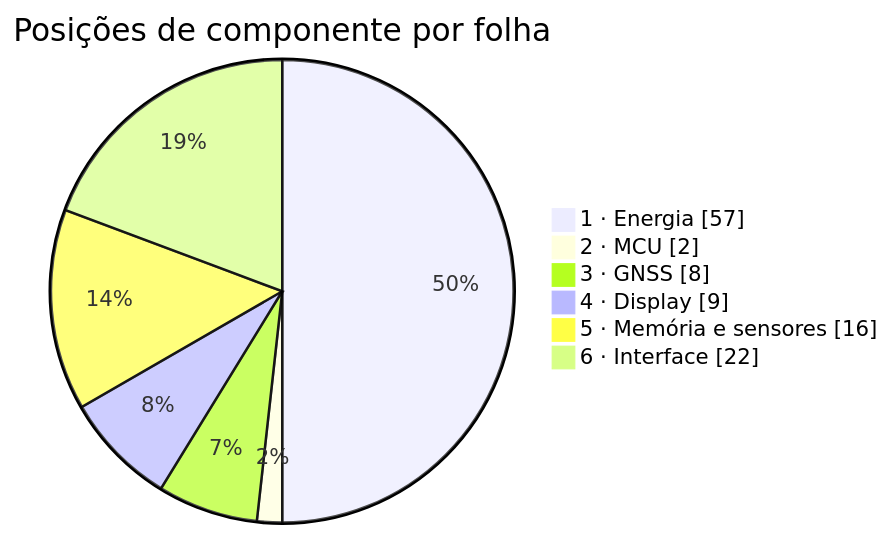
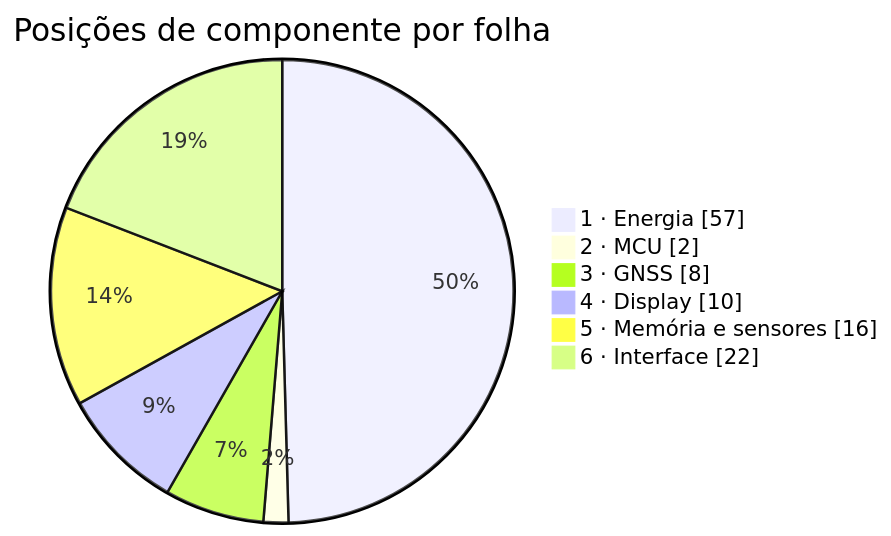
The diagram in hardware_gnssbike/05-materiais.md (Guiimartinho/gnss-bike-computer), drawn with Mermaid before and after one commit. The commit also changed other lines of this file and 11 other files, not shown here.

````diff
--- a/hardware_gnssbike/05-materiais.md
+++ b/hardware_gnssbike/05-materiais.md
@@ -262,10 +263,10 @@
 ```mermaid
 pie showData
     title Posições de componente por folha
     "1 · Energia" : 57
     "2 · MCU" : 2
     "3 · GNSS" : 8
-    "4 · Display" : 9
+    "4 · Display" : 10
     "5 · Memória e sensores" : 16
     "6 · Interface" : 22
 ```
````
